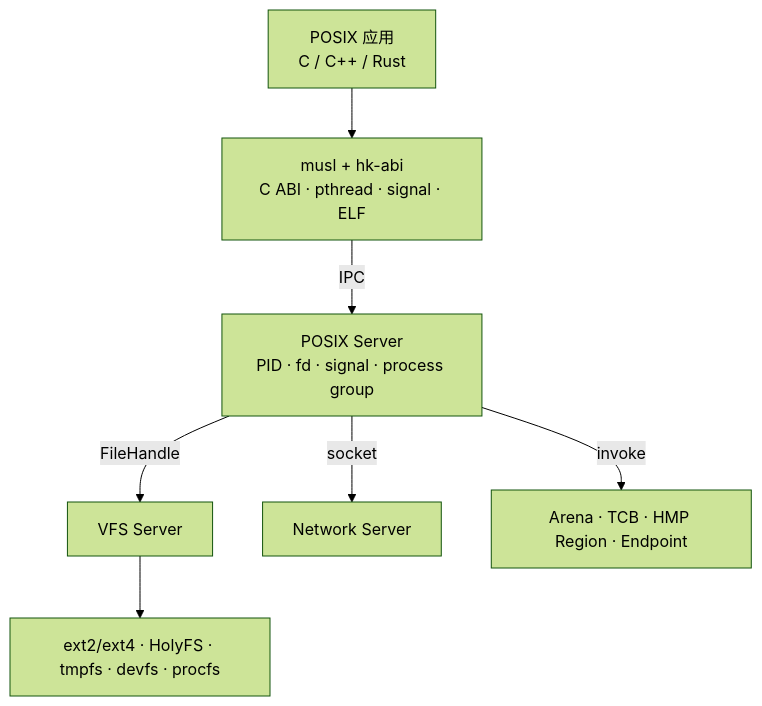
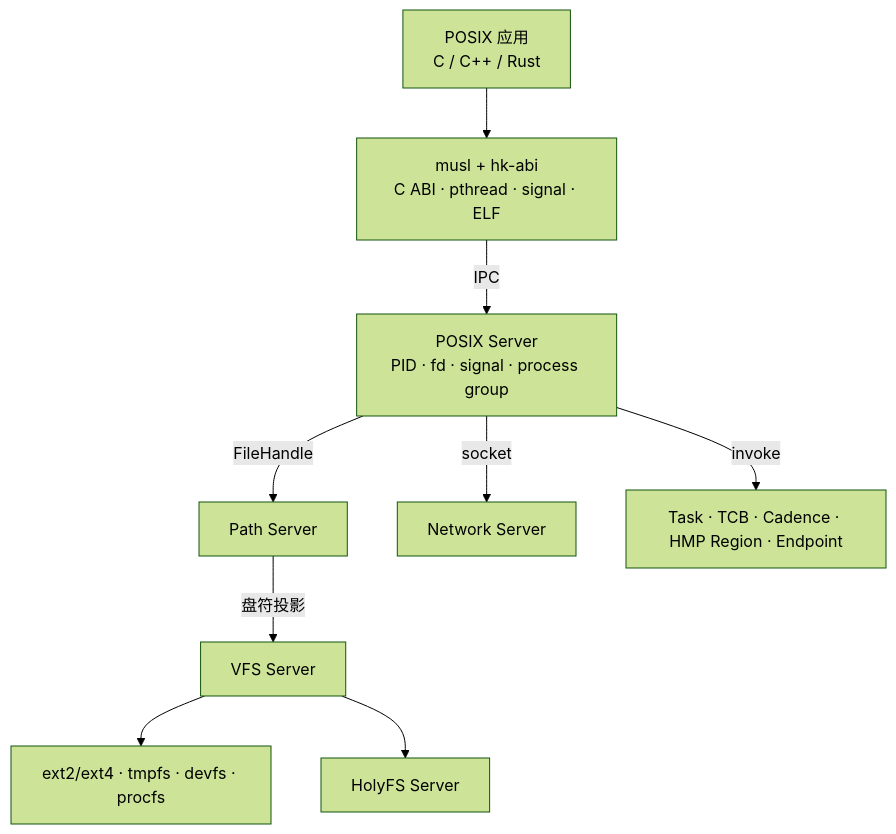
One commit to hongweifei/HolyKernel changed the first of 3 diagrams in docs/posix.md. Above: the diagram before and after it, drawn with Mermaid (forest theme). The commit also changed other lines of this file and 30 other files, not shown here.

First line of the commit message:
docs: 统一 Holy Cadence Model 与 VFS/Path 拆分

````diff
--- a/docs/posix.md
+++ b/docs/posix.md
@@ -48,9 +48,11 @@
 ```mermaid
 flowchart TB
     App["POSIX 应用<br/>C / C++ / Rust"] --> Libc["musl + hk-abi<br/>C ABI · pthread · signal · ELF"]
     Libc -->|IPC| POSIX["POSIX Server<br/>PID · fd · signal · process group"]
-    POSIX -->|FileHandle| VFS["VFS Server"]
+    POSIX -->|FileHandle| Path["Path Server"]
+    Path -->|盘符投影| VFS["VFS Server"]
     POSIX -->|socket| Net["Network Server"]
-    POSIX -->|invoke| Kernel["Arena · TCB · HMP Region · Endpoint"]
-    VFS --> FS["ext2/ext4 · HolyFS · tmpfs · devfs · procfs"]
+    POSIX -->|invoke| Kernel["Task · TCB · Cadence · HMP Region · Endpoint"]
+    VFS --> FS["ext2/ext4 · tmpfs · devfs · procfs"]
+    VFS --> Holy["HolyFS Server"]
 ```
````
